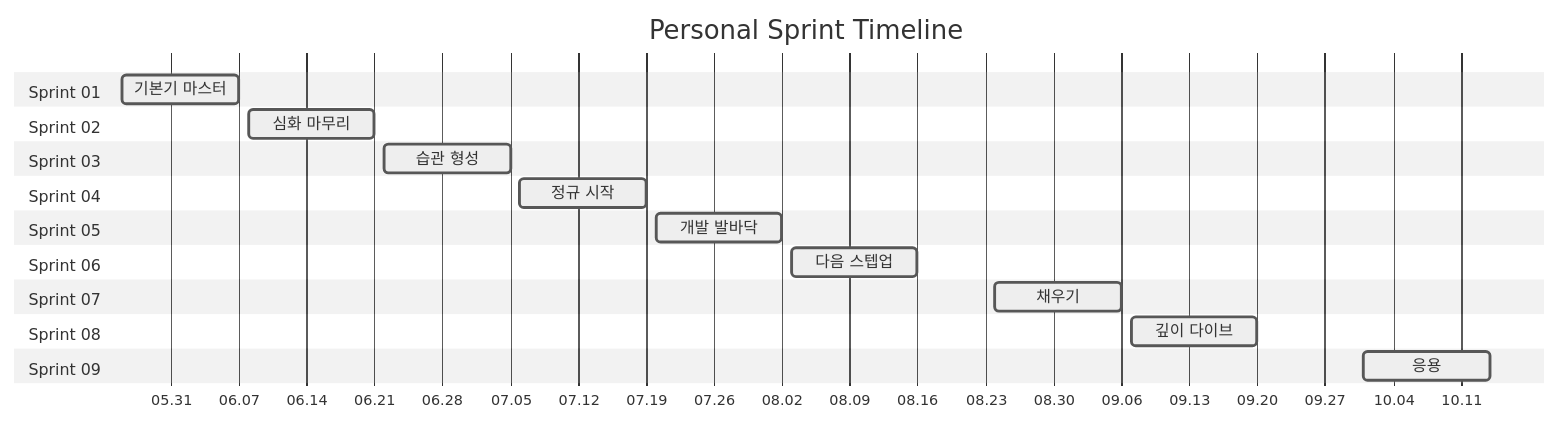
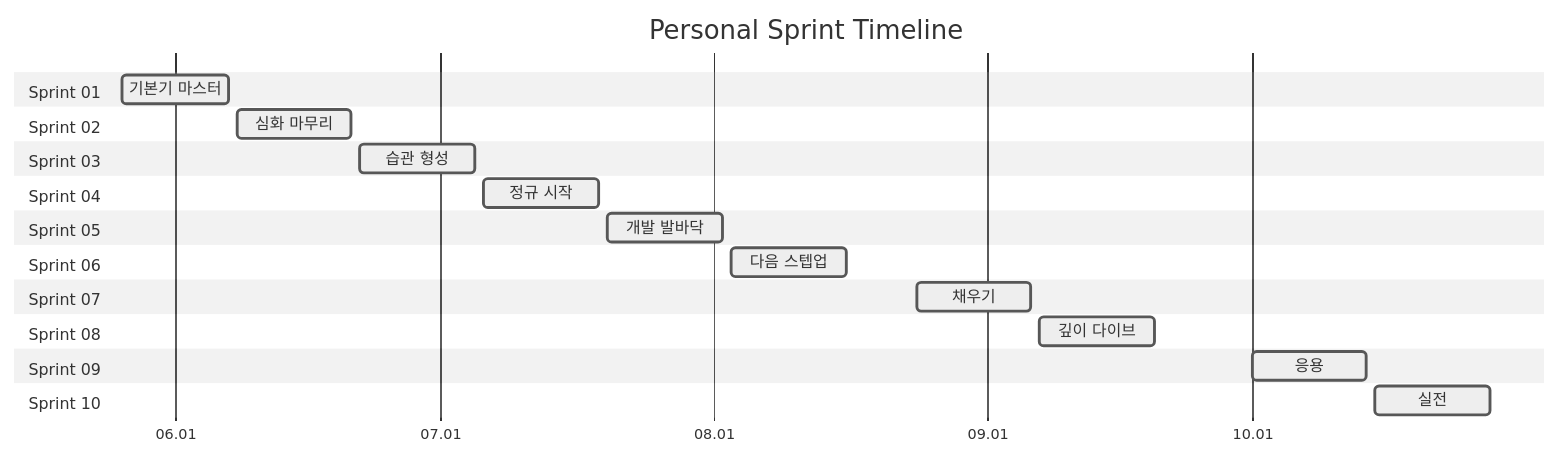
Before and after one commit to Vryez11/personal-sprint: the diagram in README.md, drawn with Mermaid (neutral theme). The commit also changed other lines of this file and 2 other files, not shown here.

Commit message:
sprint10: 구조 작성

````diff
--- a/README.md
+++ b/README.md
@@ -12,24 +12,26 @@
 ```mermaid
 gantt
     title Personal Sprint Timeline
     dateFormat YYYY-MM-DD
     axisFormat %m.%d
     section Sprint 01
     기본기 마스터 :active, s1, 2026-05-26, 2026-06-07
     section Sprint 02
     심화 마무리 :active, s2, 2026-06-08, 2026-06-21
     section Sprint 03
     습관 형성 :active, s3, 2026-06-22, 2026-07-05
     section Sprint 04
     정규 시작 :active, s4, 2026-07-06, 2026-07-19
     section Sprint 05
     개발 발바닥 :active, s5, 2026-07-20, 2026-08-02
     section Sprint 06
     다음 스텝업 :active, s6, 2026-08-03, 2026-08-16
     section Sprint 07
     채우기 :active, s7, 2026-08-24, 2026-09-06
     section Sprint 08
     깊이 다이브 :active, s8, 2026-09-07, 2026-09-20
     section Sprint 09
     응용 :active, s9, 2026-10-01, 2026-10-14
+    section Sprint 10
+    실전 :active, s10, 2026-10-15, 2026-10-28
 ```
````
